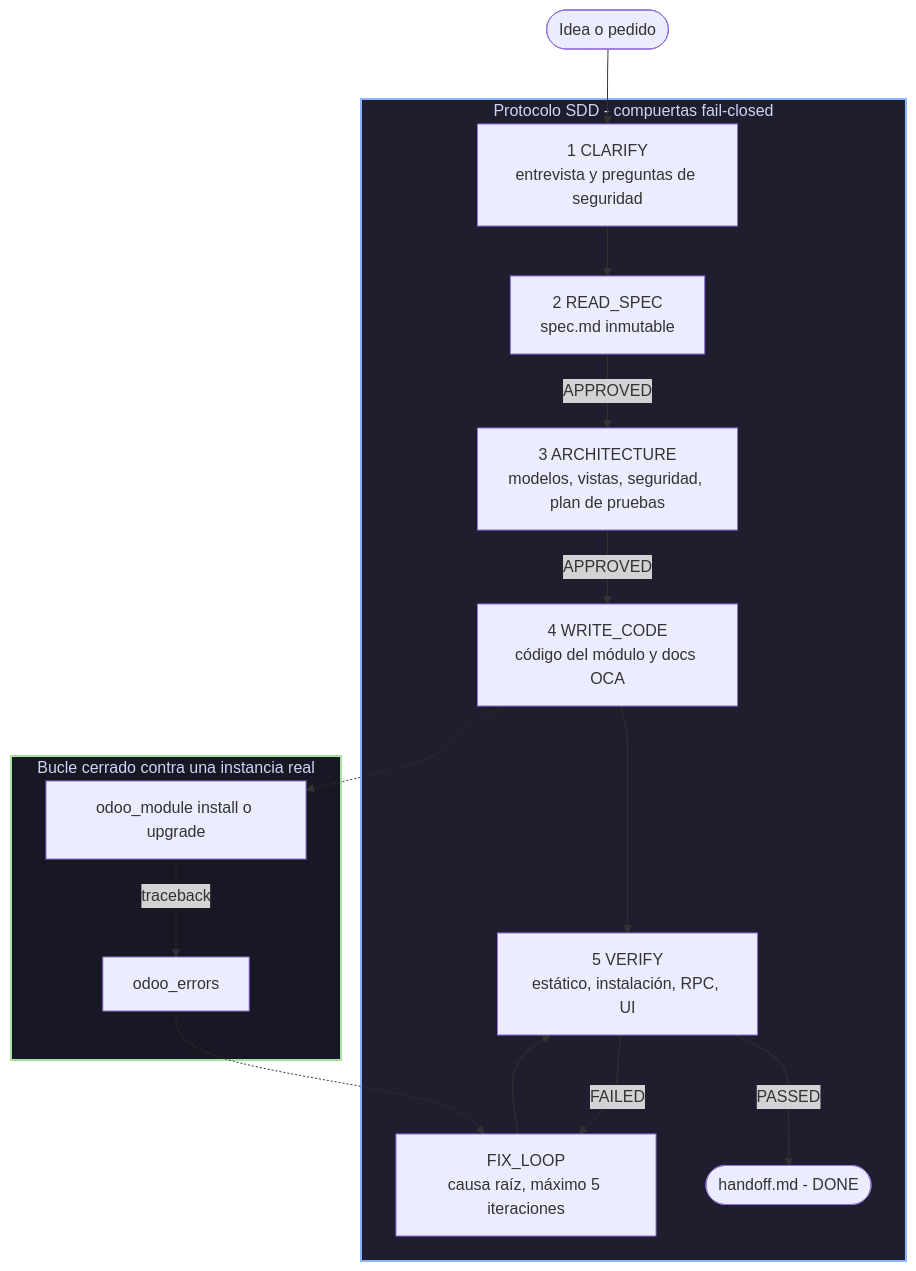
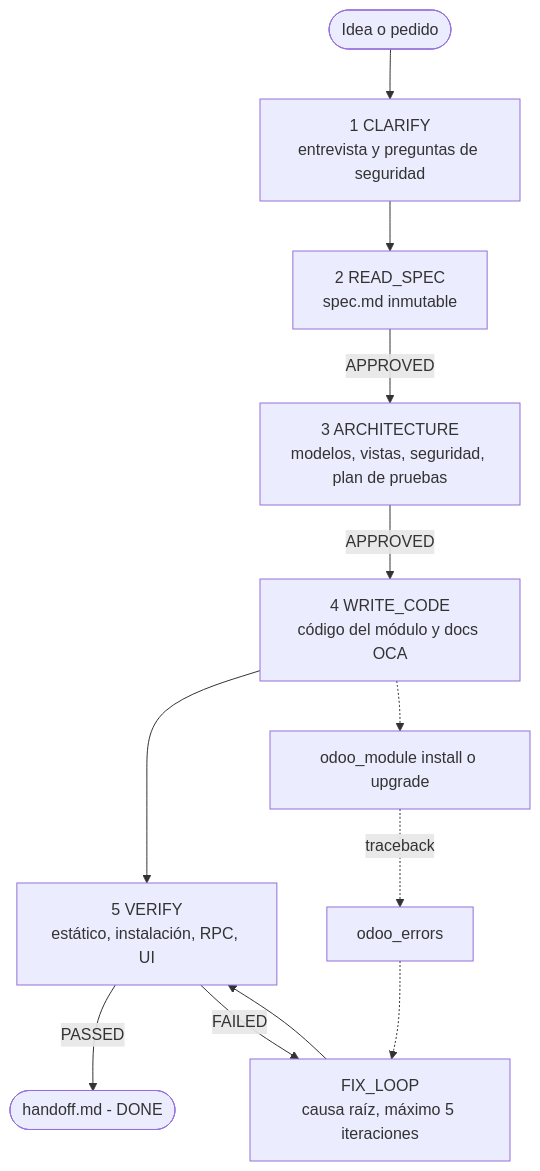
Before and after one commit to fhidalgodev/dsh-odoo-sdd: the first of 2 diagrams in README.es.md, drawn with Mermaid. The commit also changed other lines of this file and 5 other files, not shown here.

First line of the commit message:
[DOCS] dsh-odoo-sdd: neutral example instances and a theme-agnostic diagram

````diff
--- a/README.es.md
+++ b/README.es.md
@@ -86,23 +86,14 @@
 ```mermaid
-graph TD
-    A(["Idea o pedido"]) --> C1
-
-    subgraph P [Protocolo SDD - compuertas fail-closed]
-        C1["1 CLARIFY<br/>entrevista y preguntas de seguridad"] --> R2["2 READ_SPEC<br/>spec.md inmutable"]
-        R2 -->|APPROVED| A3["3 ARCHITECTURE<br/>modelos, vistas, seguridad, plan de pruebas"]
-        A3 -->|APPROVED| W4["4 WRITE_CODE<br/>código del módulo y docs OCA"]
-        W4 --> V5["5 VERIFY<br/>estático, instalación, RPC, UI"]
-        V5 -->|PASSED| D9(["handoff.md - DONE"])
-        V5 -->|FAILED| F6["FIX_LOOP<br/>causa raíz, máximo 5 iteraciones"]
-        F6 --> V5
-    end
-
-    subgraph L [Bucle cerrado contra una instancia real]
-        W4 -.-> M7["odoo_module install o upgrade"]
-        M7 -.->|traceback| E8["odoo_errors"]
-        E8 -.-> F6
-    end
-
-    style P fill:#1e1e2e,stroke:#89b4fa,stroke-width:2px,color:#cdd6f4
-    style L fill:#181825,stroke:#a6e3a1,stroke-width:2px,color:#cdd6f4
+flowchart TD
+    A(["Idea o pedido"]) --> C1["1 CLARIFY<br/>entrevista y preguntas de seguridad"]
+    C1 --> R2["2 READ_SPEC<br/>spec.md inmutable"]
+    R2 -->|APPROVED| A3["3 ARCHITECTURE<br/>modelos, vistas, seguridad, plan de pruebas"]
+    A3 -->|APPROVED| W4["4 WRITE_CODE<br/>código del módulo y docs OCA"]
+    W4 --> V5["5 VERIFY<br/>estático, instalación, RPC, UI"]
+    V5 -->|PASSED| D9(["handoff.md - DONE"])
+    V5 -->|FAILED| F6["FIX_LOOP<br/>causa raíz, máximo 5 iteraciones"]
+    F6 --> V5
+    W4 -.-> M7["odoo_module install o upgrade"]
+    M7 -.->|traceback| E8["odoo_errors"]
+    E8 -.-> F6
 ```
````
